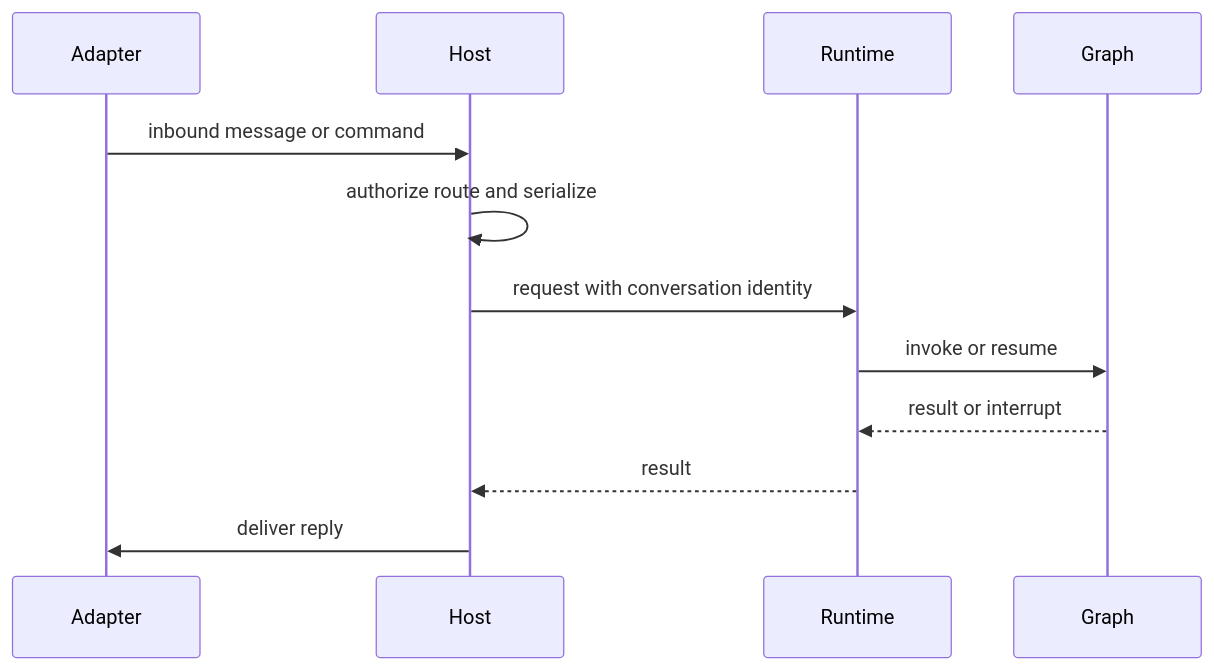
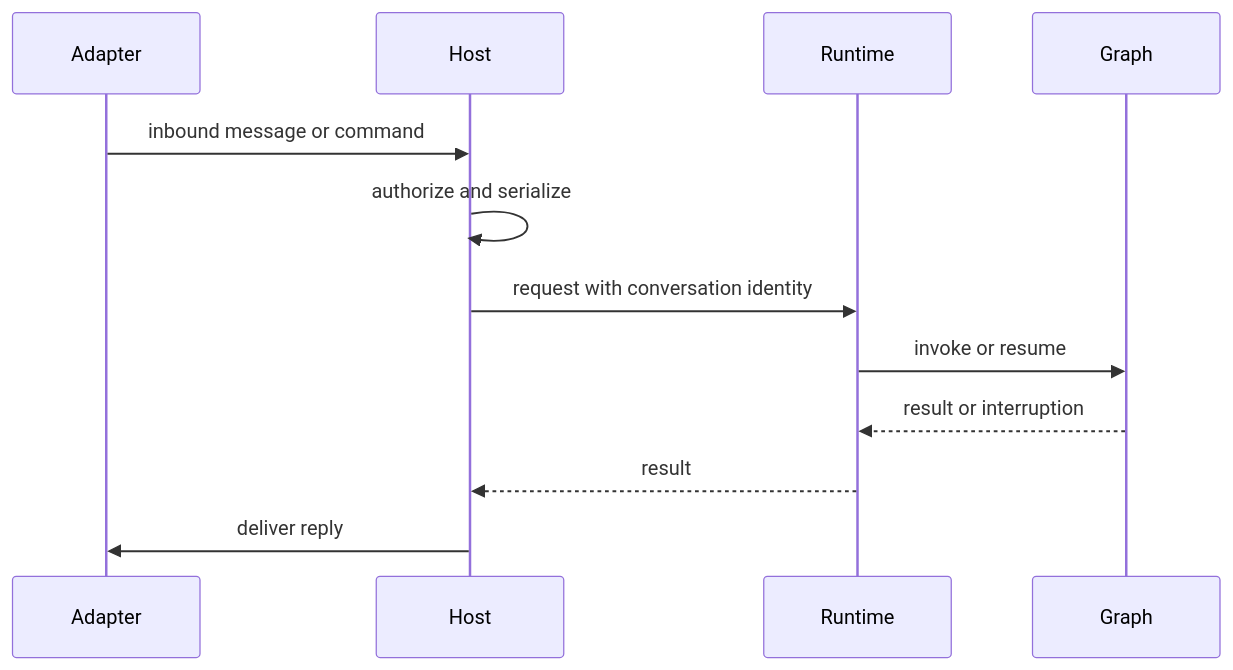
The diagram in openwiki/integrations/talon.md (langchain-ai/deepagents), drawn with Mermaid before and after one commit. The commit also changed other lines of this file and 47 other files, not shown here.

````diff
--- a/openwiki/integrations/talon.md
+++ b/openwiki/integrations/talon.md
@@ -64,14 +66,14 @@
 ```mermaid
 sequenceDiagram
     participant Adapter
     participant Host
     participant Runtime
     participant Graph
     Adapter->>Host: inbound message or command
-    Host->>Host: authorize route and serialize
+    Host->>Host: authorize and serialize
     Host->>Runtime: request with conversation identity
     Runtime->>Graph: invoke or resume
-    Graph-->>Runtime: result or interrupt
+    Graph-->>Runtime: result or interruption
     Runtime-->>Host: result
     Host->>Adapter: deliver reply
 ```
````
